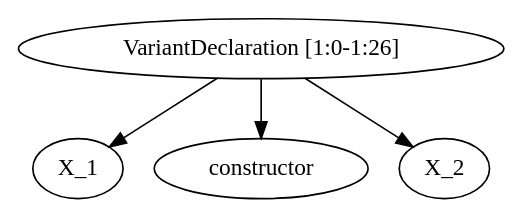
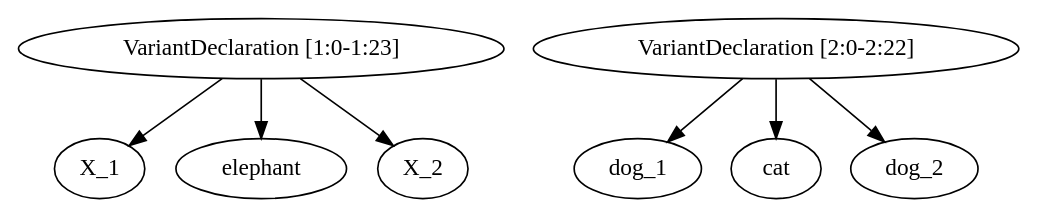
The diagram in examples/variant_declaration.dot (akhirsch/Pirouette-Compiler), drawn with Graphviz before and after one commit. The commit also changed 5 other files, not shown here.

```diff
--- a/examples/variant_declaration.dot
+++ b/examples/variant_declaration.dot
@@ -1,7 +1,12 @@
 digraph G {
-n0 [label="VariantDeclaration [1:0-1:26]"];
+n0 [label="VariantDeclaration [1:0-1:23]"];
 n0 -> X_1;
-n0 -> constructor;
+n0 -> elephant;
 n0 -> X_2;
 
+n1 [label="VariantDeclaration [2:0-2:22]"];
+n1 -> dog_1;
+n1 -> cat;
+n1 -> dog_2;
+
 }
```
